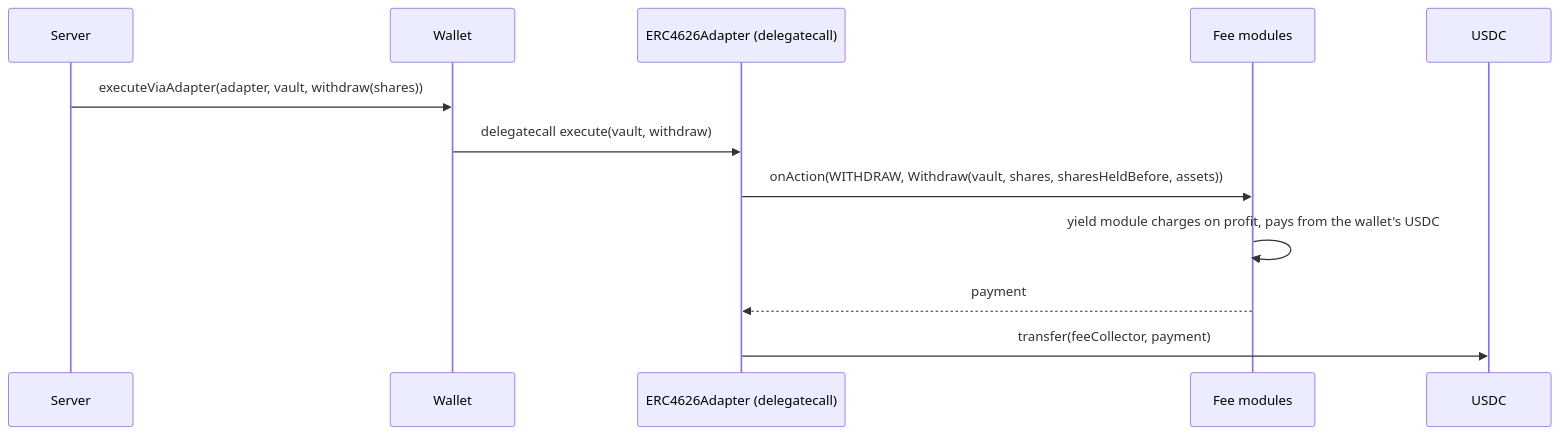
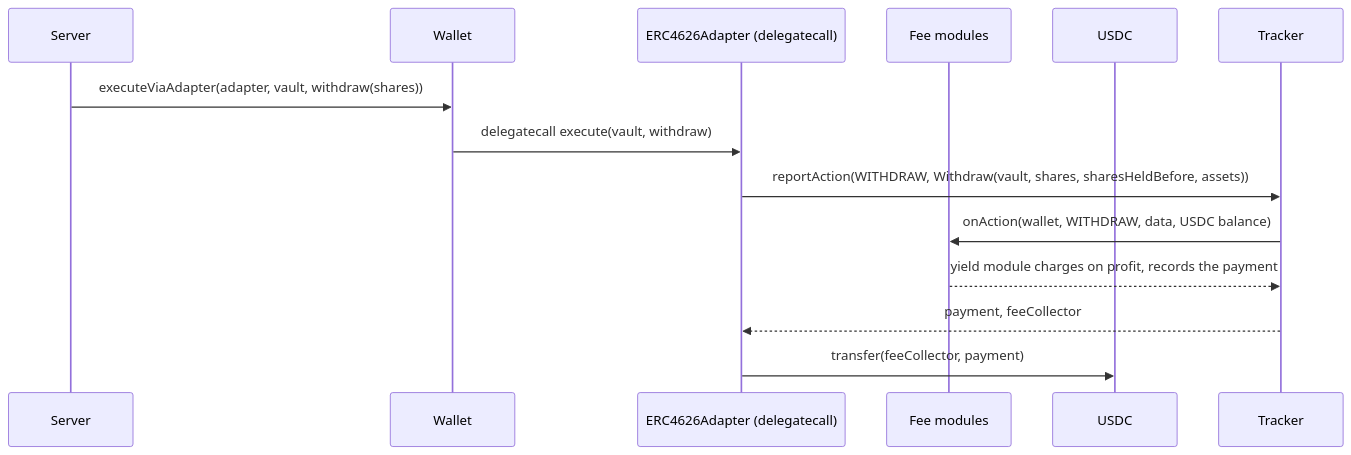
One commit to tokenpage/yieldseeker-contracts changed the fifth of 6 diagrams in README.md. Above: the diagram before and after it, drawn with Mermaid. The commit also changed other lines of this file and 42 other files, not shown here.

Commit message:
Fees: tracker runs the module loop (reportAction); tracker-only modules; isAccountedToken; initWalletPlans/FeePlanChoice with a timelock-set wallet factory; lending checkpoint; production gas benchmark

````diff
--- a/README.md
+++ b/README.md
@@ -720,15 +720,16 @@
 ```mermaid
 sequenceDiagram
     participant Server
     participant Wallet
     participant Adapter as ERC4626Adapter (delegatecall)
     participant Modules as Fee modules
     participant USDC
 
     Server->>Wallet: executeViaAdapter(adapter, vault, withdraw(shares))
     Wallet->>Adapter: delegatecall execute(vault, withdraw)
-    Adapter->>Modules: onAction(WITHDRAW, Withdraw(vault, shares, sharesHeldBefore, assets))
-    Modules->>Modules: yield module charges on profit, pays from the wallet's USDC
-    Modules-->>Adapter: payment
+    Adapter->>Tracker: reportAction(WITHDRAW, Withdraw(vault, shares, sharesHeldBefore, assets))
+    Tracker->>Modules: onAction(wallet, WITHDRAW, data, USDC balance)
+    Modules-->>Tracker: yield module charges on profit, records the payment
+    Tracker-->>Adapter: payment, feeCollector
     Adapter->>USDC: transfer(feeCollector, payment)
 ```
````
